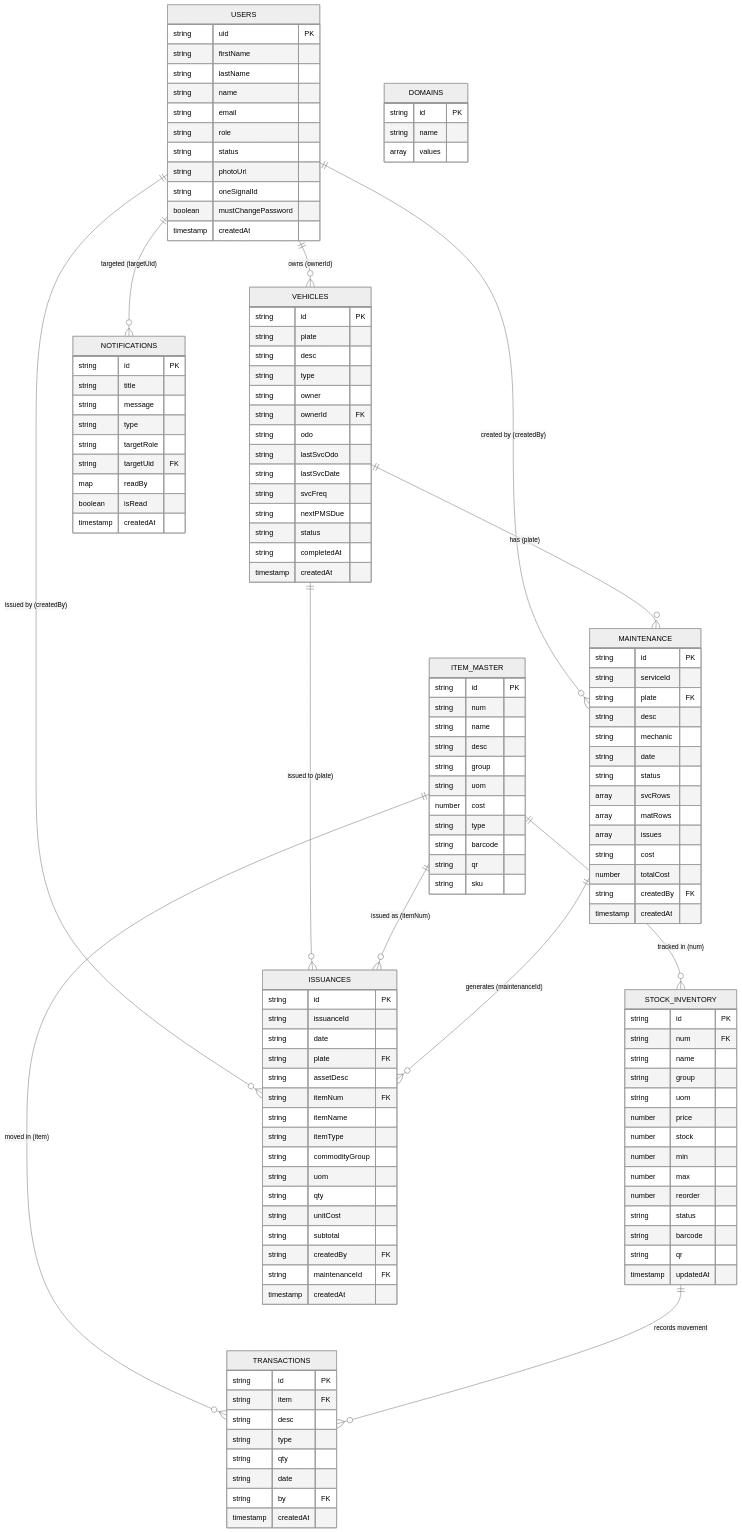
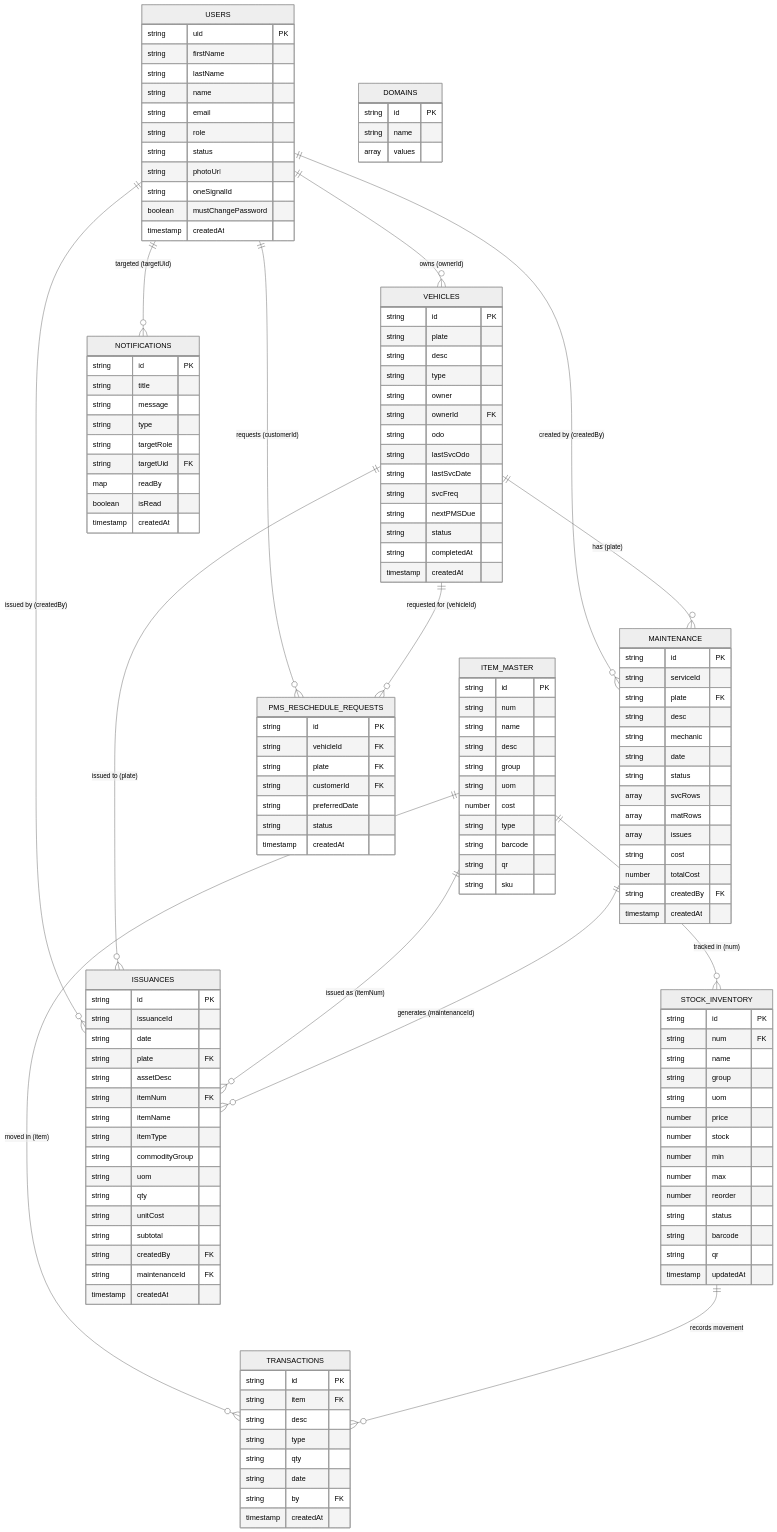
Before and after one commit to 01max02/CALTEX-AUTOPRO_CAPSTONE_PROJECT: the diagram in ERD.md, drawn with Mermaid (neutral theme). The commit also changed other lines of this file and 12 other files, not shown here.

```diff
--- a/ERD.md
+++ b/ERD.md
@@ -136,12 +136,24 @@
         array values
     }
 
+    PMS_RESCHEDULE_REQUESTS {
+        string id PK
+        string vehicleId FK
+        string plate FK
+        string customerId FK
+        string preferredDate
+        string status
+        timestamp createdAt
+    }
+
     USERS ||--o{ VEHICLES : "owns (ownerId)"
     USERS ||--o{ MAINTENANCE : "created by (createdBy)"
     USERS ||--o{ ISSUANCES : "issued by (createdBy)"
     USERS ||--o{ NOTIFICATIONS : "targeted (targetUid)"
+    USERS ||--o{ PMS_RESCHEDULE_REQUESTS : "requests (customerId)"
     VEHICLES ||--o{ MAINTENANCE : "has (plate)"
     VEHICLES ||--o{ ISSUANCES : "issued to (plate)"
+    VEHICLES ||--o{ PMS_RESCHEDULE_REQUESTS : "requested for (vehicleId)"
     ITEM_MASTER ||--o{ STOCK_INVENTORY : "tracked in (num)"
     ITEM_MASTER ||--o{ ISSUANCES : "issued as (itemNum)"
     ITEM_MASTER ||--o{ TRANSACTIONS : "moved in (item)"
```
